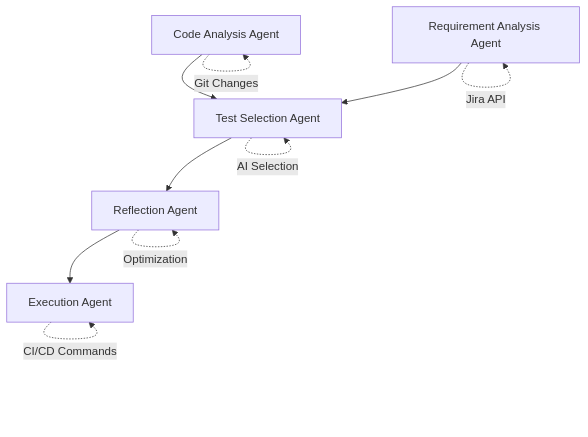
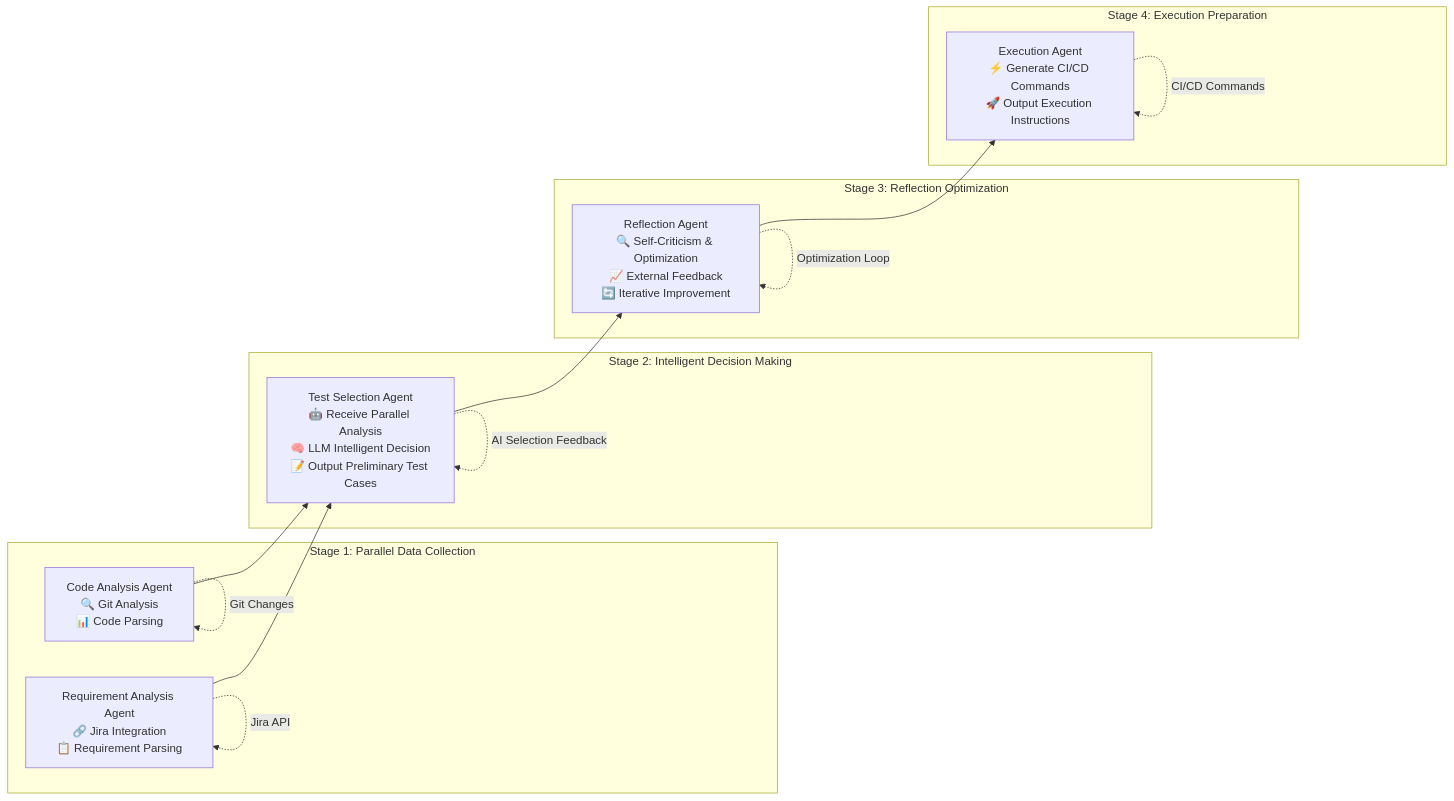
Before and after one commit to clampist/smarter_case: the first of 2 diagrams in README.md, drawn with Mermaid. The commit also changed other lines of this file, not shown here.

Commit message:
docs: improve Agent collaboration flow with left-to-right layout and English descriptions

````diff
--- a/README.md
+++ b/README.md
@@ -26,13 +26,30 @@
 ```mermaid
-graph TD
-    A[Code Analysis Agent] --> C[Test Selection Agent]
-    B[Requirement Analysis Agent] --> C
-    C --> D[Reflection Agent]
-    D --> E[Execution Agent]
+graph LR
+    subgraph "Stage 1: Parallel Data Collection"
+        A[Code Analysis Agent<br/>🔍 Git Analysis<br/>📊 Code Parsing]
+        B[Requirement Analysis Agent<br/>🔗 Jira Integration<br/>📋 Requirement Parsing]
+    end
+    
+    subgraph "Stage 2: Intelligent Decision Making"
+        C[Test Selection Agent<br/>🤖 Receive Parallel Analysis<br/>🧠 LLM Intelligent Decision<br/>📝 Output Preliminary Test Cases]
+    end
+    
+    subgraph "Stage 3: Reflection Optimization"
+        D[Reflection Agent<br/>🔍 Self-Criticism & Optimization<br/>📈 External Feedback<br/>🔄 Iterative Improvement]
+    end
+    
+    subgraph "Stage 4: Execution Preparation"
+        E[Execution Agent<br/>⚡ Generate CI/CD Commands<br/>🚀 Output Execution Instructions]
+    end
+    
+    A --> C
+    B --> C
+    C --> D
+    D --> E
     
     A -.->|Git Changes| A
     B -.->|Jira API| B
-    C -.->|AI Selection| C
-    D -.->|Optimization| D
+    C -.->|AI Selection Feedback| C
+    D -.->|Optimization Loop| D
     E -.->|CI/CD Commands| E
 ```
````
